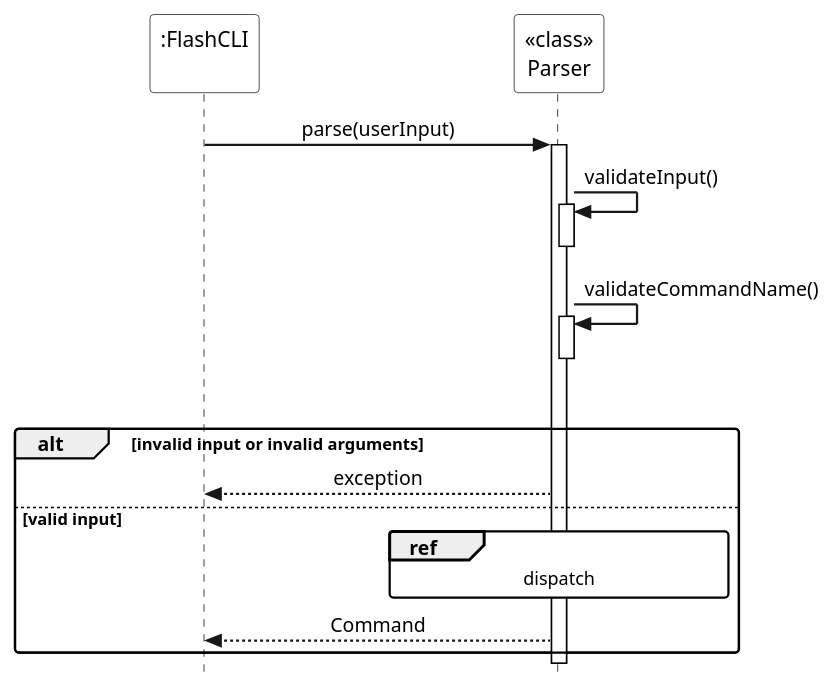
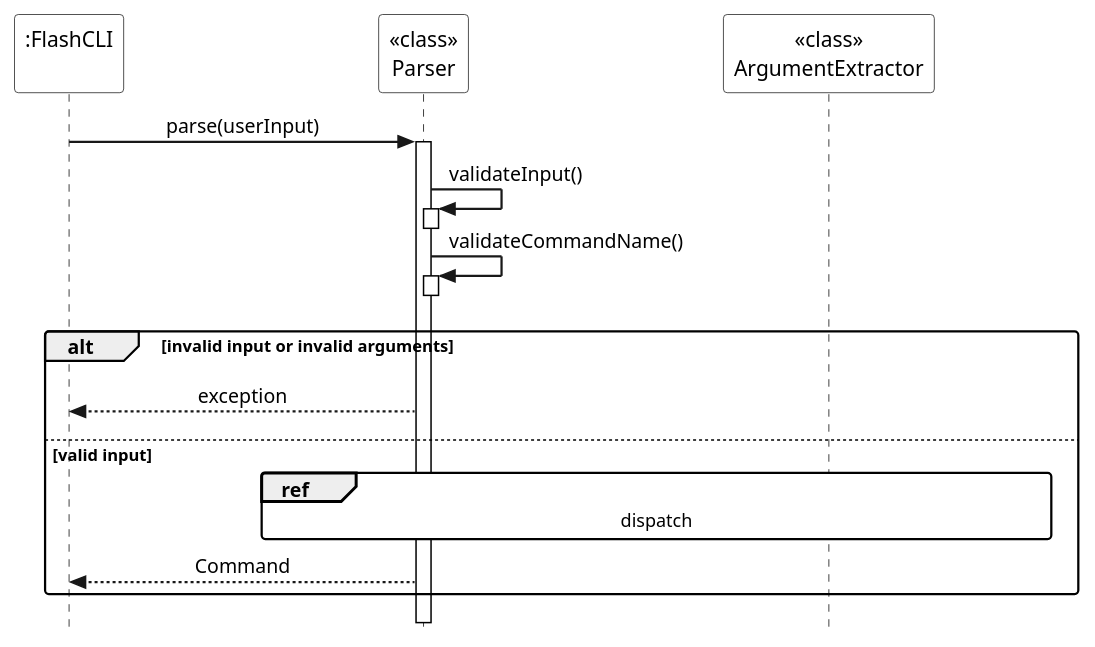
The diagram in docs/diagrams/parser-main.puml (Advait-B/tp), drawn with PlantUML before and after one commit. The commit also changed 1 other file, not shown here.

Commit message:
Update parser main SD to include ArgumentExtractor

```diff
--- a/docs/diagrams/parser-main.puml
+++ b/docs/diagrams/parser-main.puml
@@ -1,41 +1,43 @@
 @startuml parser_main
+!pragma teoz true
 hide footbox
 skinparam sequenceMessageAlign center
 skinparam ParticipantPadding 80
 skinparam style strictuml
 skinparam SequenceGroupBodyBackgroundColor transparent
 skinparam SequenceReferenceBackgroundColor white
 skinparam sequenceArrowThickness 1.5
 skinparam roundcorner 5
 skinparam SequenceBoxBackgroundColor transparent
 skinparam sequenceParticipantBackgroundColor white
 skinparam sequenceLifeLineBorderColor black
 
 participant ":FlashCLI\n" as FlashCLI
 participant "<<class>>\nParser" as Parser
+participant "<<class>>\nArgumentExtractor" as ArgumentExtractor
 
 FlashCLI -> Parser : parse(userInput)
 activate Parser
 
 Parser -> Parser : validateInput()
 activate Parser
 deactivate Parser
 
 Parser -> Parser : validateCommandName()
 activate Parser
 deactivate Parser
 
 |||
 
 alt invalid input or invalid arguments
     Parser --> FlashCLI : exception
 else valid input
-    ref over Parser
+    ref over Parser, ArgumentExtractor
         dispatch
     end ref
 
     Parser --> FlashCLI : Command
 end
 
 deactivate Parser
 @enduml
```
